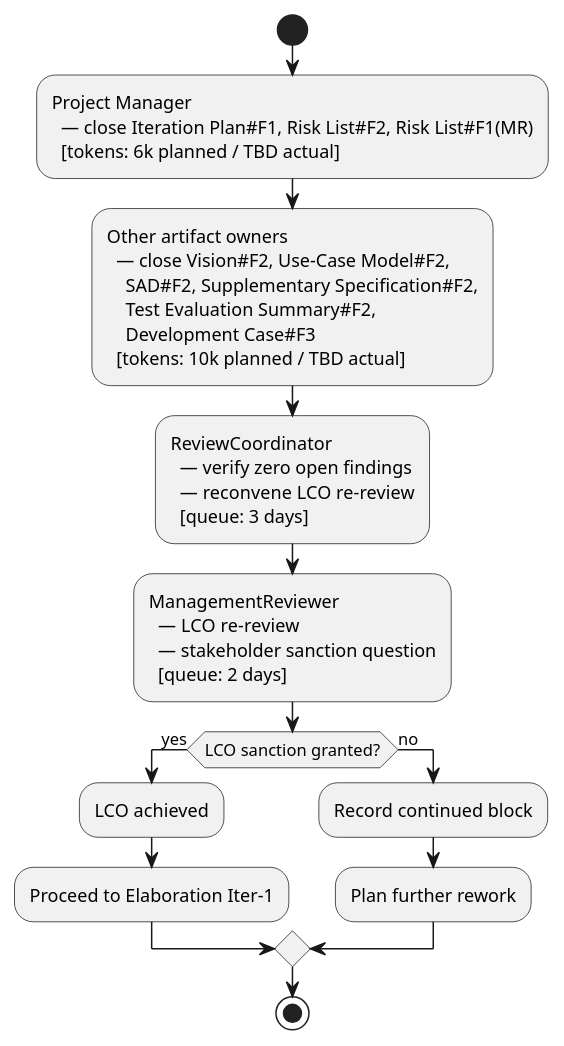
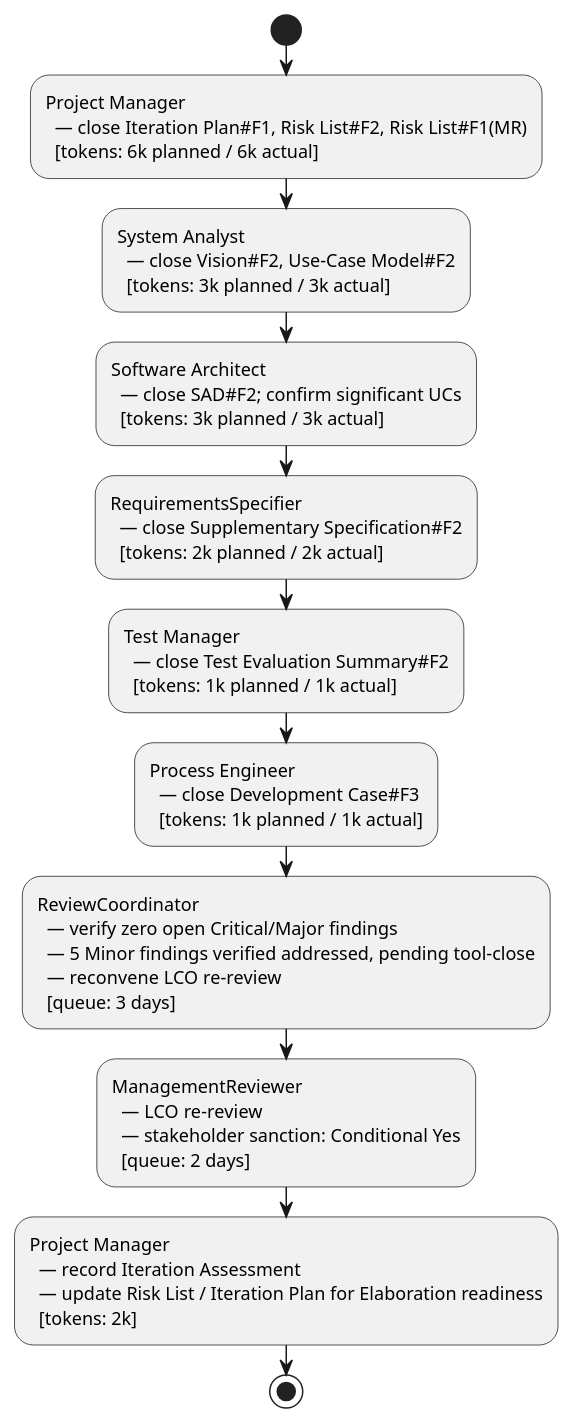
The diagram in docs/artifacts/project-management/iteration-assessment.md (banense-test/portal), drawn with PlantUML before and after one commit. The commit also changed other lines of this file, not shown here.

First line of the commit message:
Project Manager [I2]: upsert Iteration Assessment

````diff
--- a/docs/artifacts/project-management/iteration-assessment.md
+++ b/docs/artifacts/project-management/iteration-assessment.md
@@ -29,30 +29,37 @@
 ```plantuml
 @startuml Inception_Iter2_Assessment_Critical_Chain
 start
 :Project Manager
   — close Iteration Plan#F1, Risk List#F2, Risk List#F1(MR)
-  [tokens: 6k planned / TBD actual];
-:Other artifact owners
-  — close Vision#F2, Use-Case Model#F2,
-    SAD#F2, Supplementary Specification#F2,
-    Test Evaluation Summary#F2,
-    Development Case#F3
-  [tokens: 10k planned / TBD actual];
+  [tokens: 6k planned / 6k actual];
+:System Analyst
+  — close Vision#F2, Use-Case Model#F2
+  [tokens: 3k planned / 3k actual];
+:Software Architect
+  — close SAD#F2; confirm significant UCs
+  [tokens: 3k planned / 3k actual];
+:RequirementsSpecifier
+  — close Supplementary Specification#F2
+  [tokens: 2k planned / 2k actual];
+:Test Manager
+  — close Test Evaluation Summary#F2
+  [tokens: 1k planned / 1k actual];
+:Process Engineer
+  — close Development Case#F3
+  [tokens: 1k planned / 1k actual];
 :ReviewCoordinator
-  — verify zero open findings
+  — verify zero open Critical/Major findings
+  — 5 Minor findings verified addressed, pending tool-close
   — reconvene LCO re-review
   [queue: 3 days];
 :ManagementReviewer
   — LCO re-review
-  — stakeholder sanction question
+  — stakeholder sanction: Conditional Yes
   [queue: 2 days];
-if (LCO sanction granted?) then (yes)
-  :LCO achieved;
-  :Proceed to Elaboration Iter-1;
-else (no)
-  :Record continued block;
-  :Plan further rework;
-endif
+:Project Manager
+  — record Iteration Assessment
+  — update Risk List / Iteration Plan for Elaboration readiness
+  [tokens: 2k];
 stop
 @enduml
 ```
````
